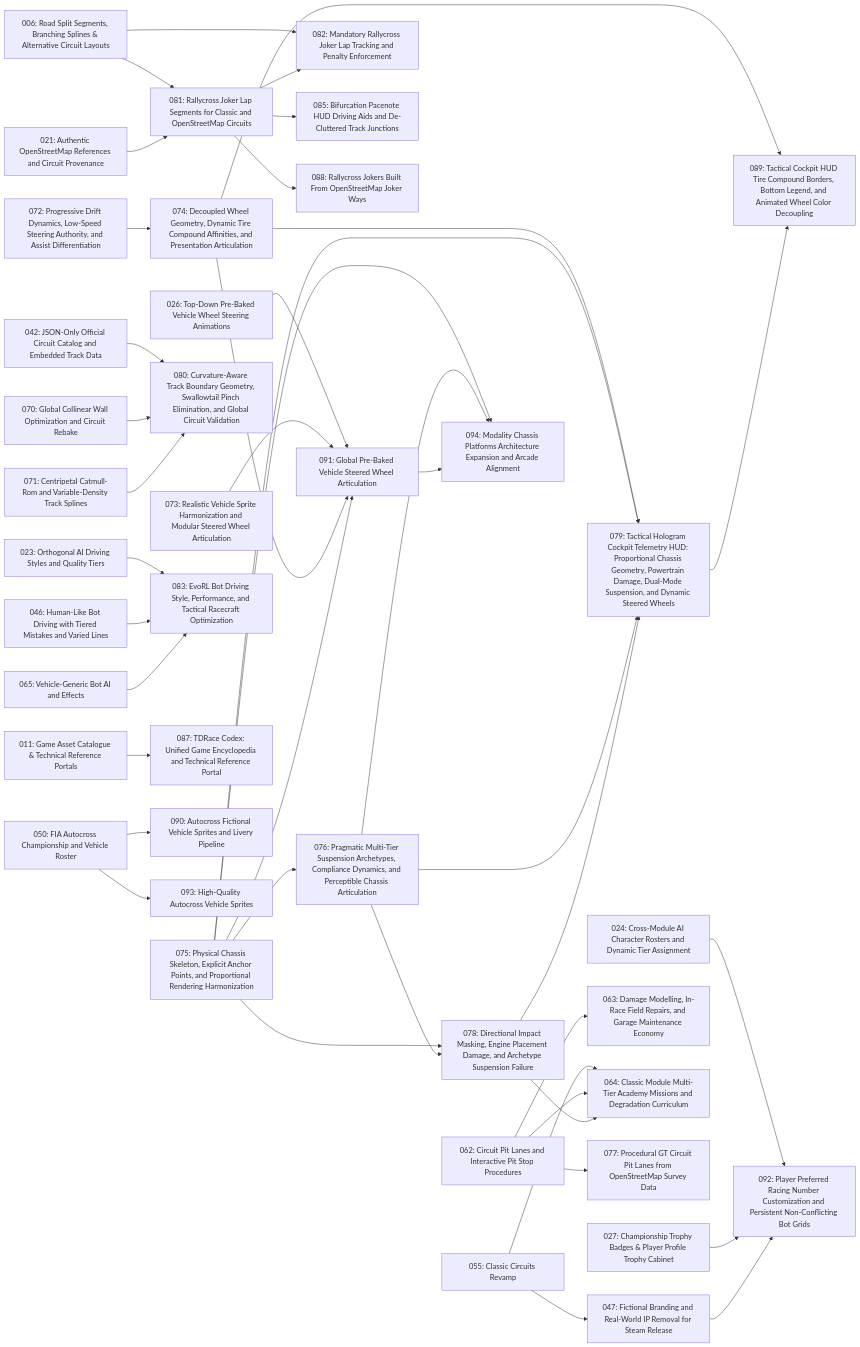
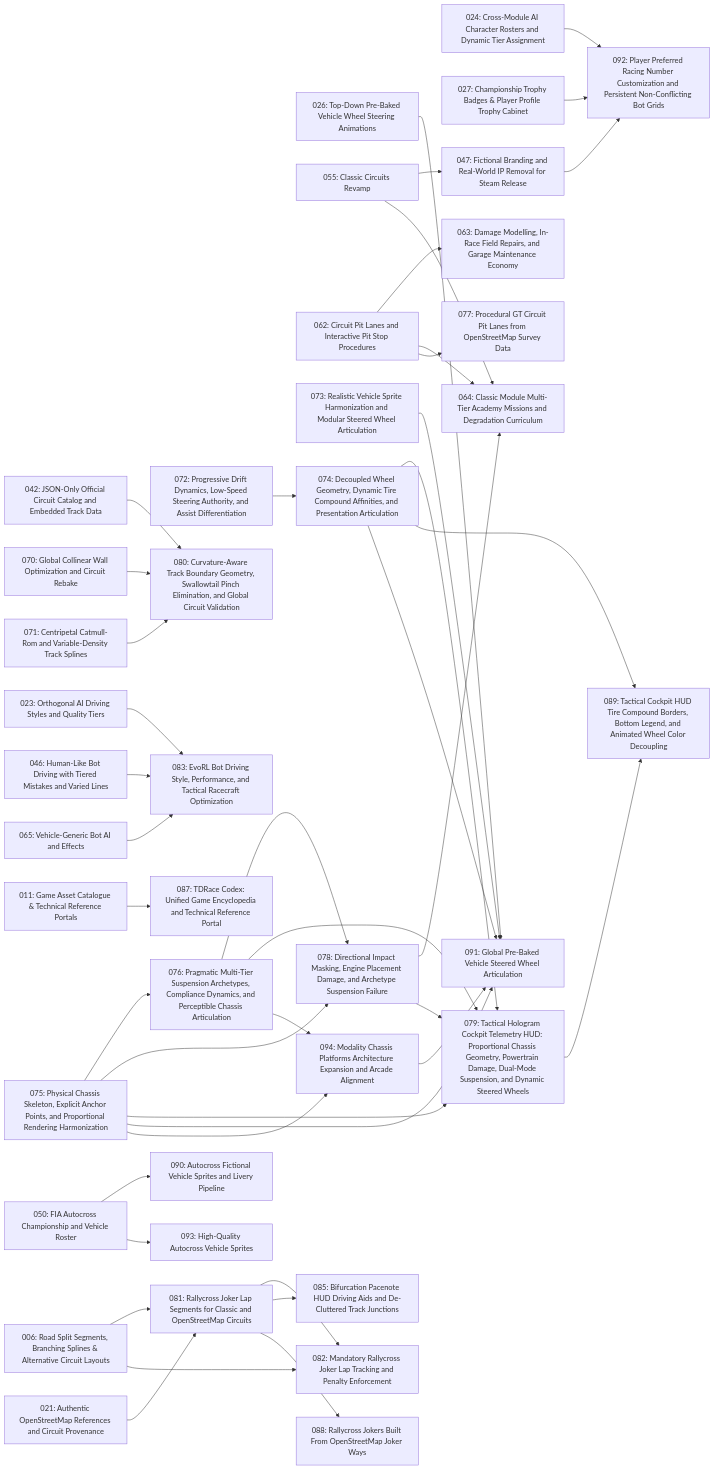
Before and after one commit to magomar/tdrace: the diagram in specs/index.md, drawn with Mermaid. The commit also changed other lines of this file and 3 other files, not shown here.

````diff
--- a/specs/index.md
+++ b/specs/index.md
@@ -192,11 +192,11 @@
     073 --> 091
     074 --> 091
     075 --> 091
+    094 --> 091
     024 --> 092
     027 --> 092
     047 --> 092
     050 --> 093
     075 --> 094
     076 --> 094
-    091 --> 094
 ```
````
